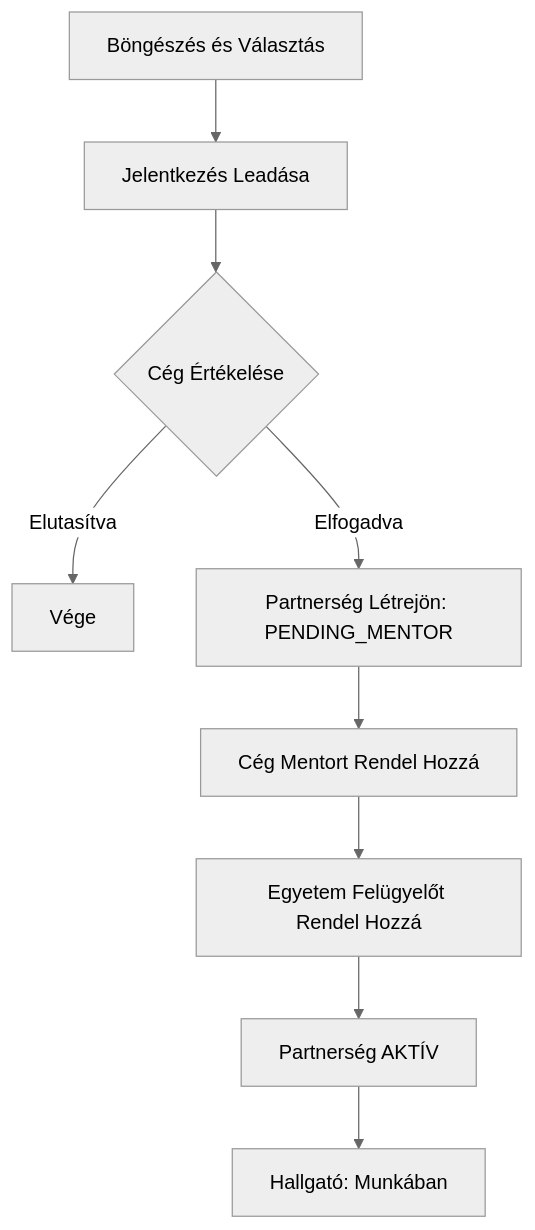
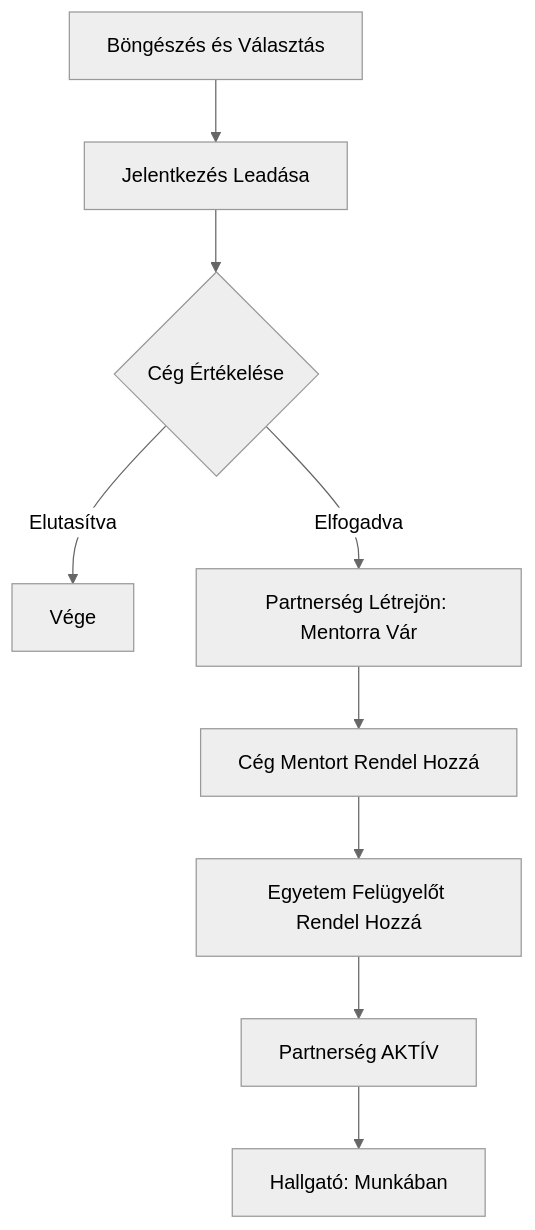
Before and after one commit to DrozsdikAdam/dual-kepzes-backend: the diagram in user_guides/STUDENT.md, drawn with Mermaid (neutral theme). The commit also changed other lines of this file and 3 other files, not shown here.

````diff
--- a/user_guides/STUDENT.md
+++ b/user_guides/STUDENT.md
@@ -27,11 +27,11 @@
 ```mermaid
 graph TD
     A[Böngészés és Választás] --> B[Jelentkezés Leadása]
     B --> C{Cég Értékelése}
     C -- Elutasítva --> D[Vége]
-    C -- Elfogadva --> E[Partnerség Létrejön: PENDING_MENTOR]
+    C -- Elfogadva --> E[Partnerség Létrejön: Mentorra Vár]
     E --> F[Cég Mentort Rendel Hozzá]
     F --> G[Egyetem Felügyelőt Rendel Hozzá]
     G --> H[Partnerség AKTÍV]
     H --> I[Hallgató: Munkában]
 ```
````
